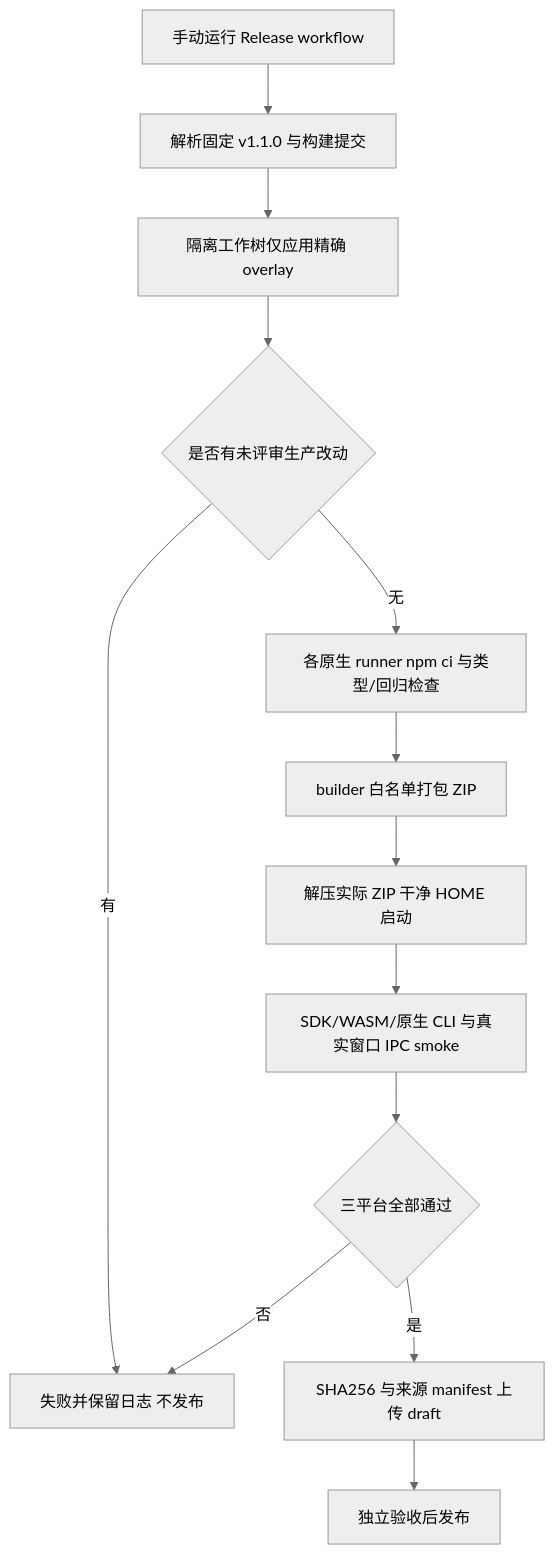
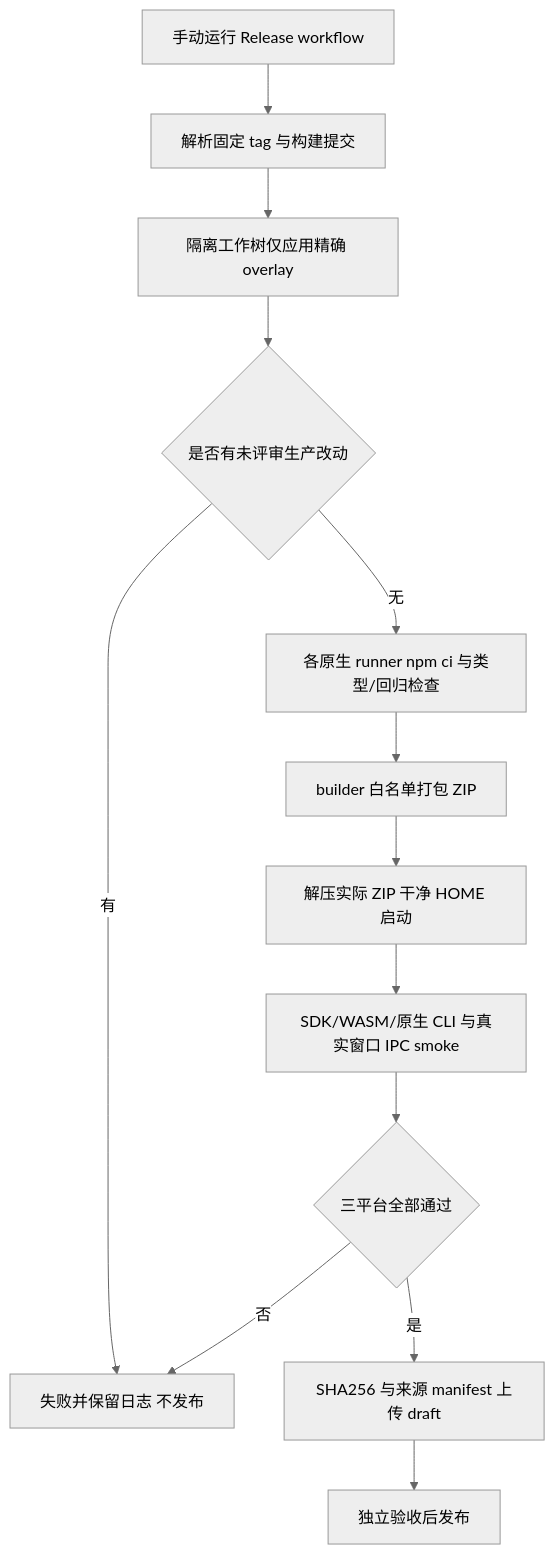
Before and after one commit to wangzhongren/ans-studio: the diagram in 角色卡/装配/docs/feature/desktop-release-packaging.md, drawn with Mermaid (neutral theme). The commit also changed other lines of this file and 16 other files, not shown here.

````diff
--- a/角色卡/装配/docs/feature/desktop-release-packaging.md
+++ b/角色卡/装配/docs/feature/desktop-release-packaging.md
@@ -5,15 +5,15 @@
 ```mermaid
 flowchart TD
- A[手动运行 Release workflow] --> B[解析固定 v1.1.0 与构建提交]
+ A[手动运行 Release workflow] --> B[解析固定 tag 与构建提交]
  B --> C[隔离工作树仅应用精确 overlay]
  C --> D{是否有未评审生产改动}
  D -->|有| E[失败并保留日志 不发布]
  D -->|无| F[各原生 runner npm ci 与类型/回归检查]
  F --> G[builder 白名单打包 ZIP]
  G --> H[解压实际 ZIP 干净 HOME 启动]
  H --> I[SDK/WASM/原生 CLI 与真实窗口 IPC smoke]
  I --> J{三平台全部通过}
  J -->|否| E
  J -->|是| K[SHA256 与来源 manifest 上传 draft]
  K --> L[独立验收后发布]
 ```
````
